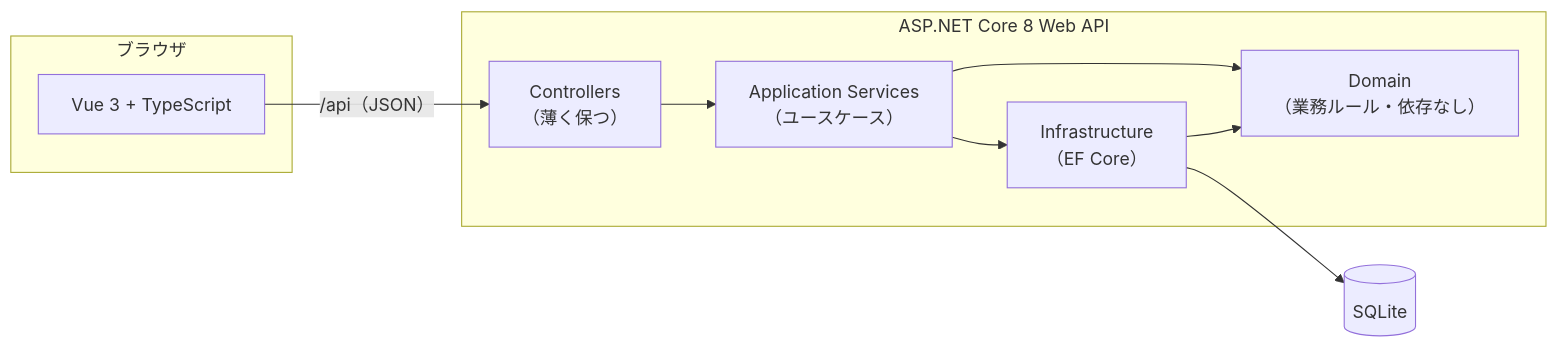
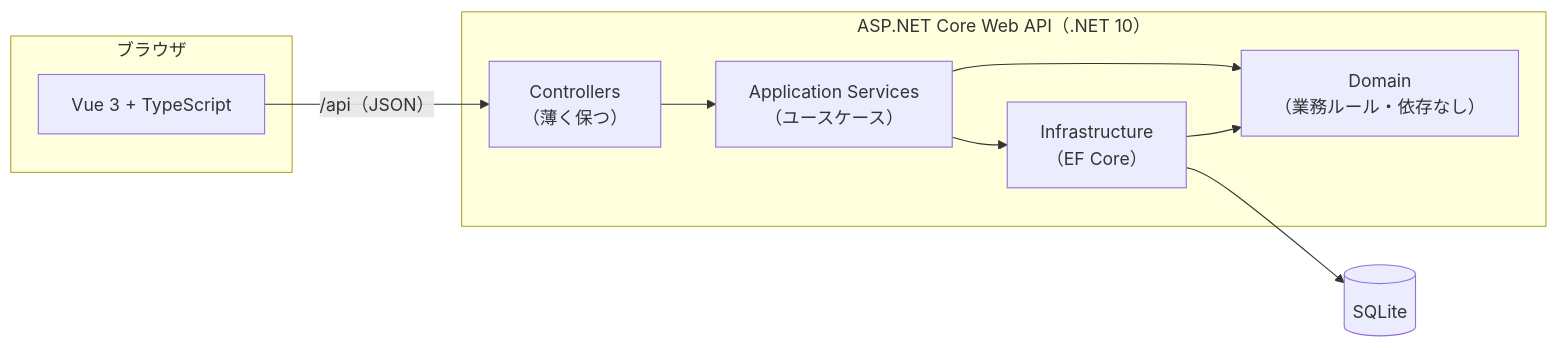
One commit to mukai-work/genba-nippo changed the first of 2 diagrams in README.md. Above: the diagram before and after it, drawn with Mermaid. The commit also changed other lines of this file and 12 other files, not shown here.

````diff
--- a/README.md
+++ b/README.md
@@ -49,14 +49,14 @@
 ```mermaid
 flowchart LR
     subgraph Browser["ブラウザ"]
         UI["Vue 3 + TypeScript"]
     end
-    subgraph Api["ASP.NET Core 8 Web API"]
+    subgraph Api["ASP.NET Core Web API（.NET 10）"]
         C["Controllers<br/>（薄く保つ）"] --> S["Application Services<br/>（ユースケース）"]
         S --> D["Domain<br/>（業務ルール・依存なし）"]
         S --> I["Infrastructure<br/>（EF Core）"]
         I --> D
     end
     UI -- "/api（JSON）" --> C
     I --> DB[("SQLite")]
 ```
````
